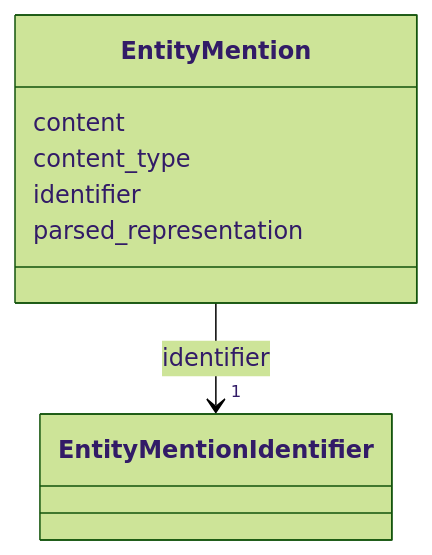
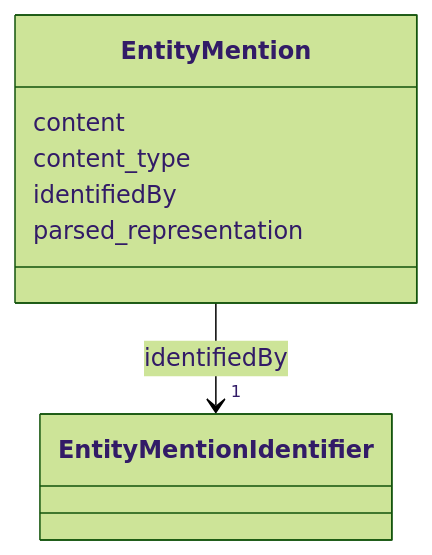
Before and after one commit to OP-TED/entity-resolution-spec: the diagram in docs/schema/EntityMention.md, drawn with Mermaid (forest theme). The commit also changed other lines of this file and 18 other files, not shown here.

First line of the commit message:
docs: regenerate schema documentation for LookupState

````diff
--- a/docs/schema/EntityMention.md
+++ b/docs/schema/EntityMention.md
@@ -22,23 +22,23 @@
 ```mermaid
  classDiagram
     class EntityMention
     click EntityMention href "../EntityMention/"
       EntityMention : content
         
       EntityMention : content_type
         
-      EntityMention : identifier
+      EntityMention : identifiedBy
         
           
     
         
         
-        EntityMention --> "1" EntityMentionIdentifier : identifier
+        EntityMention --> "1" EntityMentionIdentifier : identifiedBy
         click EntityMentionIdentifier href "../EntityMentionIdentifier/"
     
 
         
       EntityMention : parsed_representation
         
       
 ```
````
